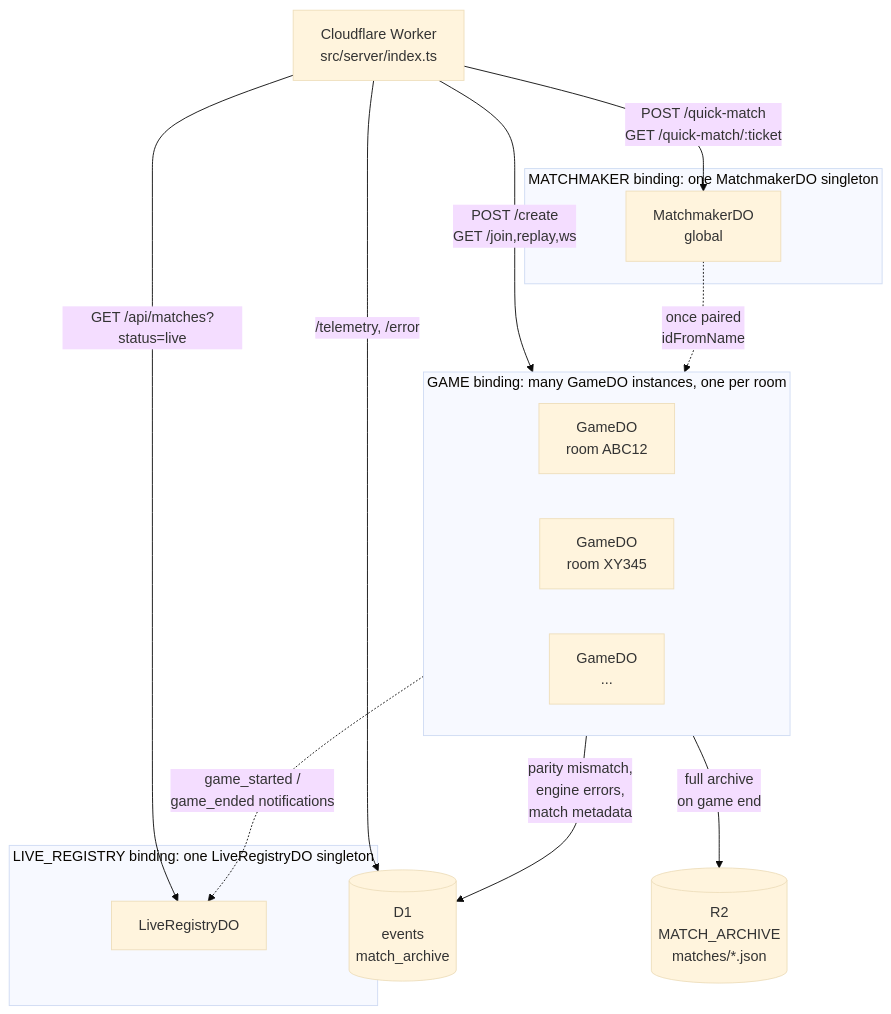
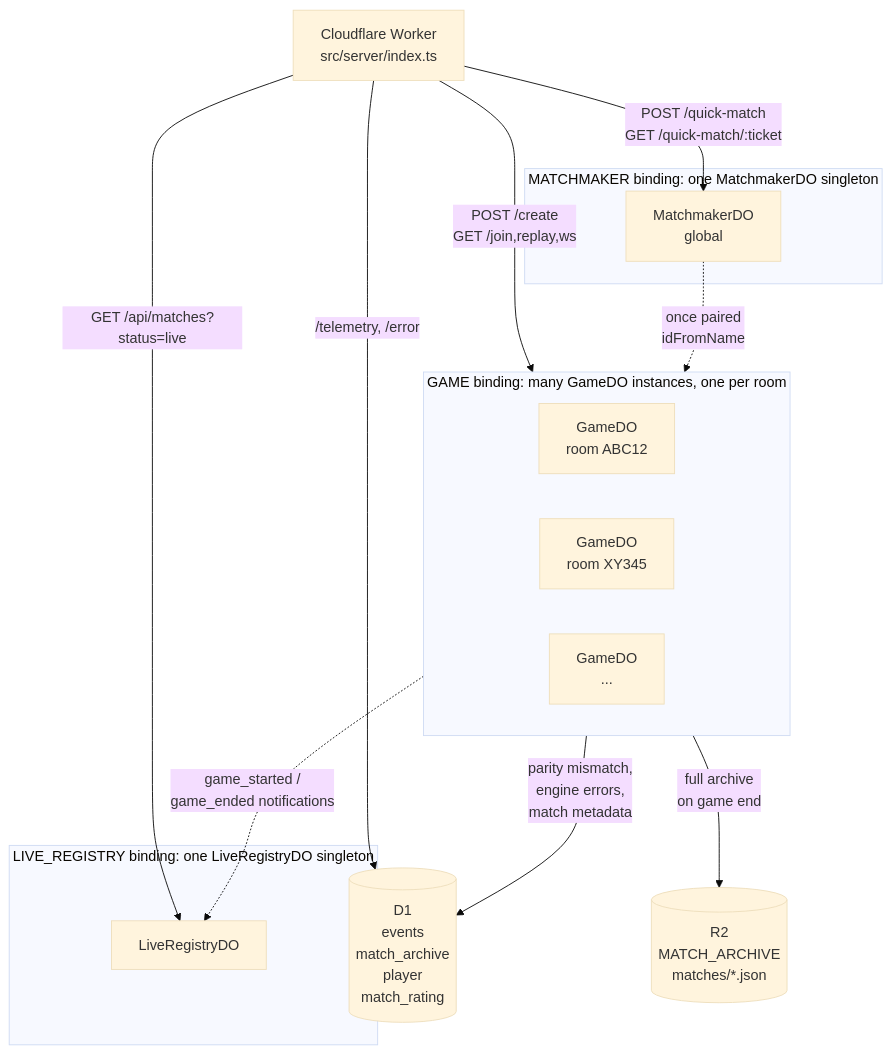
The first of 6 diagrams in docs/ARCHITECTURE.md (tre-systems/delta-v), drawn with Mermaid (base theme) before and after one commit. The commit also changed other lines of this file and 10 other files, not shown here.

````diff
--- a/docs/ARCHITECTURE.md
+++ b/docs/ARCHITECTURE.md
@@ -52,33 +52,33 @@
 ```mermaid
 flowchart TB
   W[Cloudflare Worker<br/>src/server/index.ts]
 
   subgraph GAME[GAME binding: many GameDO instances, one per room]
     direction LR
     G1[GameDO<br/>room ABC12]
     G2[GameDO<br/>room XY345]
     GN[GameDO<br/>...]
   end
 
   subgraph MATCHMAKER[MATCHMAKER binding: one MatchmakerDO singleton]
     M[MatchmakerDO<br/>global]
   end
 
   subgraph LIVE_REGISTRY[LIVE_REGISTRY binding: one LiveRegistryDO singleton]
     L[LiveRegistryDO]
   end
 
   W -->|POST /quick-match<br/>GET /quick-match/:ticket| M
   W -->|POST /create<br/>GET /join,replay,ws| GAME
   W -->|GET /api/matches?status=live| L
 
   M -.->|once paired<br/>idFromName| GAME
   GAME -.->|game_started /<br/>game_ended notifications| L
 
-  D[(D1<br/>events<br/>match_archive)]
+  D[(D1<br/>events<br/>match_archive<br/>player<br/>match_rating)]
   R[(R2<br/>MATCH_ARCHIVE<br/>matches/*.json)]
 
   GAME -->|parity mismatch,<br/>engine errors,<br/>match metadata| D
   GAME -->|full archive<br/>on game end| R
   W -->|/telemetry, /error| D
 ```
````
